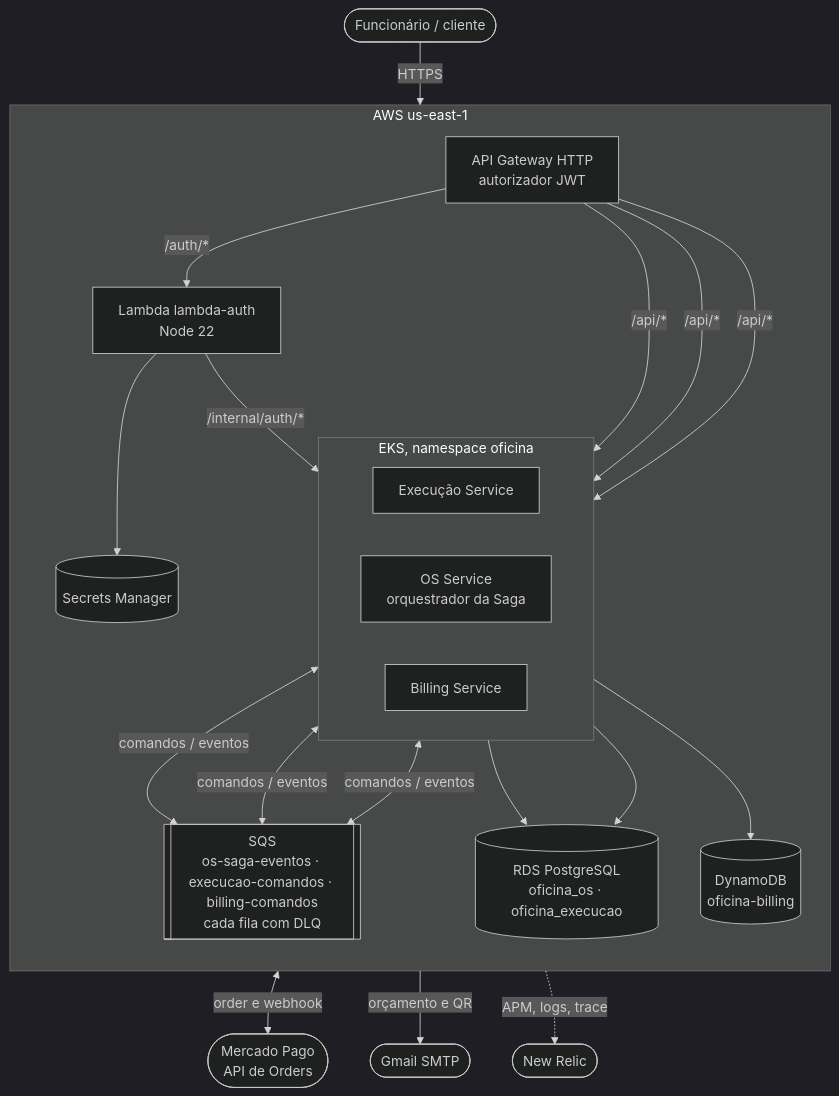
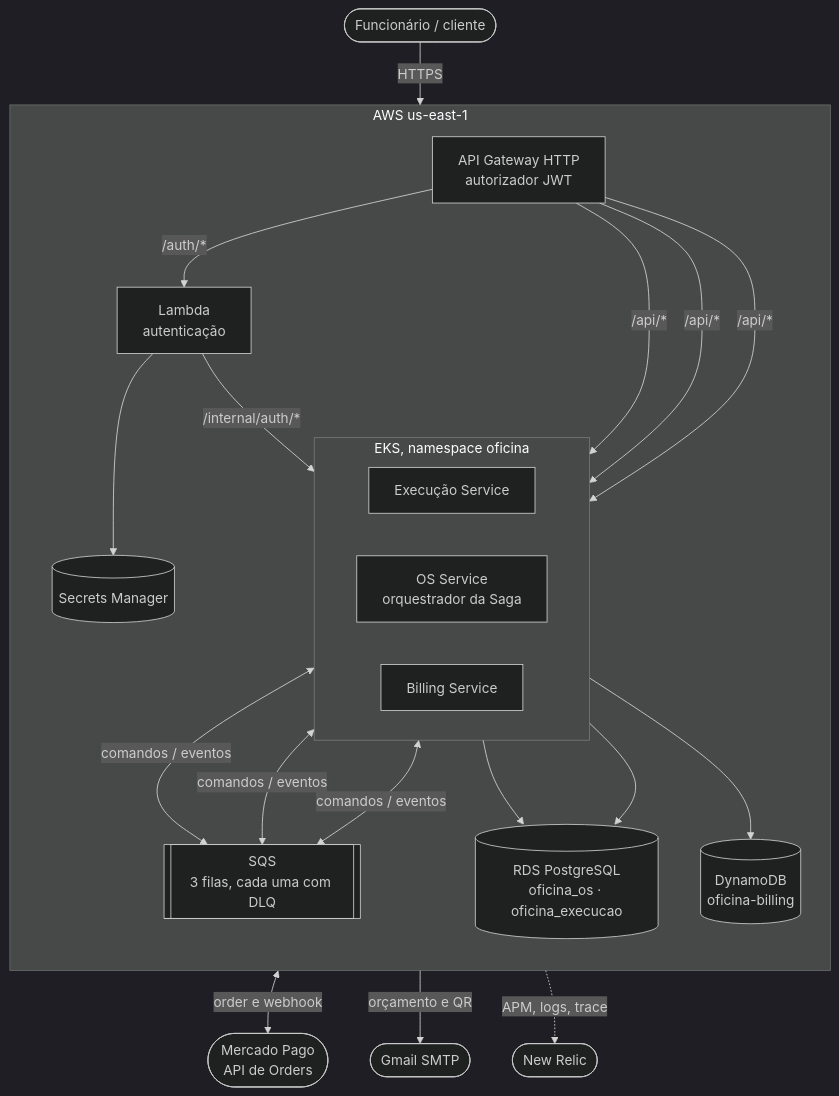
One commit to KauaAlmeidaSilveira/fiap-15soat-oficina-os changed the diagram in docs/arquitetura.md. Above: the diagram before and after it, drawn with Mermaid (dark theme).

Commit message:
docs: encurta rotulos do diagrama geral

````diff
--- a/docs/arquitetura.md
+++ b/docs/arquitetura.md
@@ -9,47 +9,47 @@
 ```mermaid
 flowchart TB
     usuario(["Funcionário / cliente"])
 
     subgraph aws["AWS us-east-1"]
         direction TB
         gw["API Gateway HTTP<br/>autorizador JWT"]
-        lambda["Lambda lambda-auth<br/>Node 22"]
+        lambda["Lambda<br/>autenticação"]
         secrets[("Secrets Manager")]
 
         subgraph eks["EKS, namespace oficina"]
             direction LR
             exe["Execução Service"]
             os["OS Service<br/>orquestrador da Saga"]
             bil["Billing Service"]
         end
 
-        sqs[["SQS<br/>os-saga-eventos · execucao-comandos · billing-comandos<br/>cada fila com DLQ"]]
+        sqs[["SQS<br/>3 filas, cada uma com DLQ"]]
         rds[("RDS PostgreSQL<br/>oficina_os · oficina_execucao")]
         ddb[("DynamoDB<br/>oficina-billing")]
     end
 
     mp(["Mercado Pago<br/>API de Orders"])
     gmail(["Gmail SMTP"])
     nr(["New Relic"])
 
     usuario -->|HTTPS| gw
     gw -->|"/auth/*"| lambda
     lambda --> secrets
     lambda -->|"/internal/auth/*"| os
     lambda ~~~ exe
     lambda ~~~ bil
     gw -->|"/api/*"| exe
     gw -->|"/api/*"| os
     gw -->|"/api/*"| bil
 
     exe <-->|"comandos / eventos"| sqs
     os <-->|"comandos / eventos"| sqs
     bil <-->|"comandos / eventos"| sqs
 
     exe --> rds
     os --> rds
     bil --> ddb
     bil <-->|"order e webhook"| mp
     bil -->|"orçamento e QR"| gmail
     eks -.->|"APM, logs, trace"| nr
 ```
````
